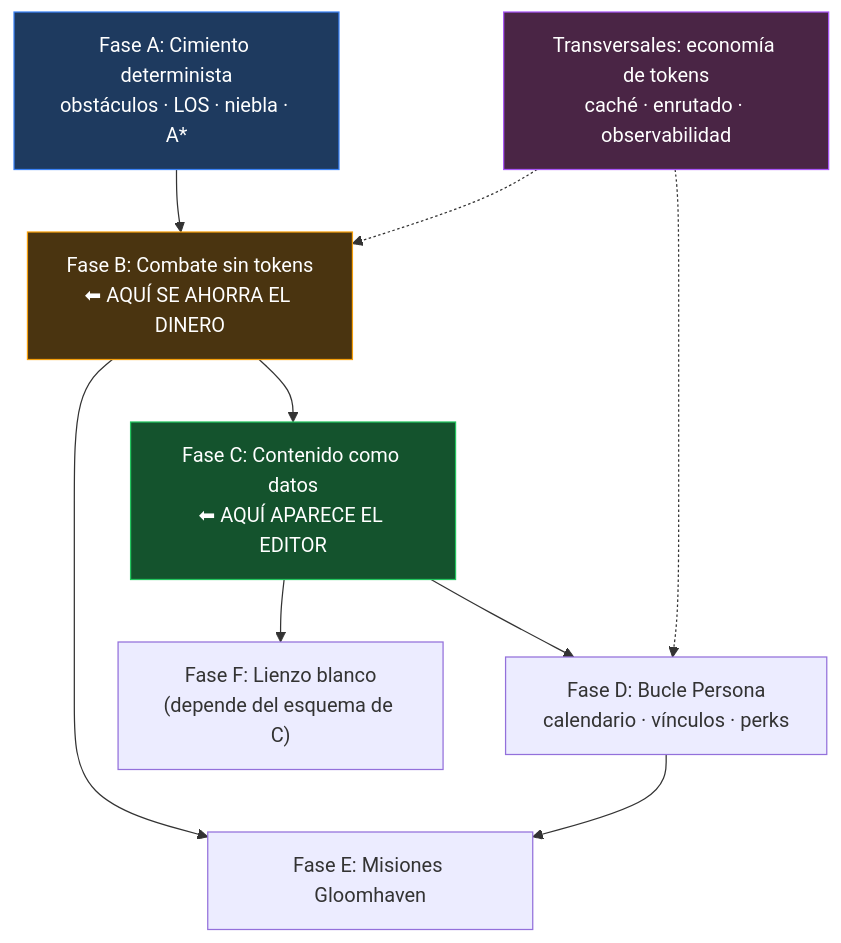
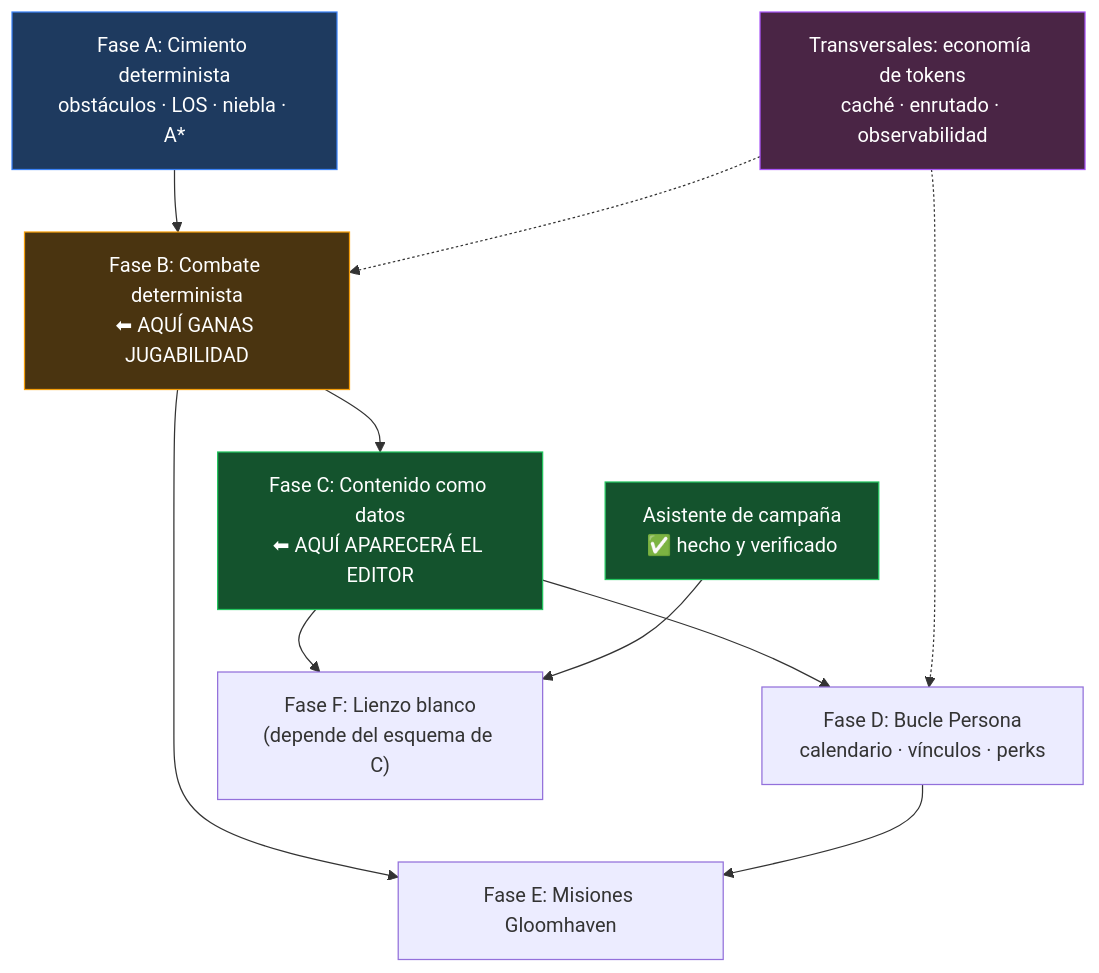
Before and after one commit to danieljhesseling/SillyTavern: the second of 2 diagrams in wiki/ROADMAP.md, drawn with Mermaid. The commit also changed other lines of this file and 26 other files, not shown here.

````diff
--- a/wiki/ROADMAP.md
+++ b/wiki/ROADMAP.md
@@ -374,17 +525,19 @@
 ```mermaid
 graph TD
-    A["Fase A: Cimiento determinista<br/>obstáculos · LOS · niebla · A*"] --> B["Fase B: Combate sin tokens<br/>⬅ AQUÍ SE AHORRA EL DINERO"]
-    B --> C["Fase C: Contenido como datos<br/>⬅ AQUÍ APARECE EL EDITOR"]
+    A["Fase A: Cimiento determinista<br/>obstáculos · LOS · niebla · A*"] --> B["Fase B: Combate determinista<br/>⬅ AQUÍ GANAS JUGABILIDAD"]
+    B --> C["Fase C: Contenido como datos<br/>⬅ AQUÍ APARECERÁ EL EDITOR"]
     C --> D["Fase D: Bucle Persona<br/>calendario · vínculos · perks"]
     C --> F["Fase F: Lienzo blanco<br/>(depende del esquema de C)"]
+    W["Asistente de campaña<br/>✅ hecho y verificado"] --> F
     B --> E["Fase E: Misiones Gloomhaven"]
     D --> E
 
     T["Transversales: economía de tokens<br/>caché · enrutado · observabilidad"] -.-> B
     T -.-> D
 
     style A fill:#1e3a5f,stroke:#3b82f6,color:#fff
     style B fill:#4a3410,stroke:#f59e0b,color:#fff
     style C fill:#14532d,stroke:#22c55e,color:#fff
+    style W fill:#14532d,stroke:#22c55e,color:#fff
     style T fill:#4a2545,stroke:#a855f7,color:#fff
 ```
````
